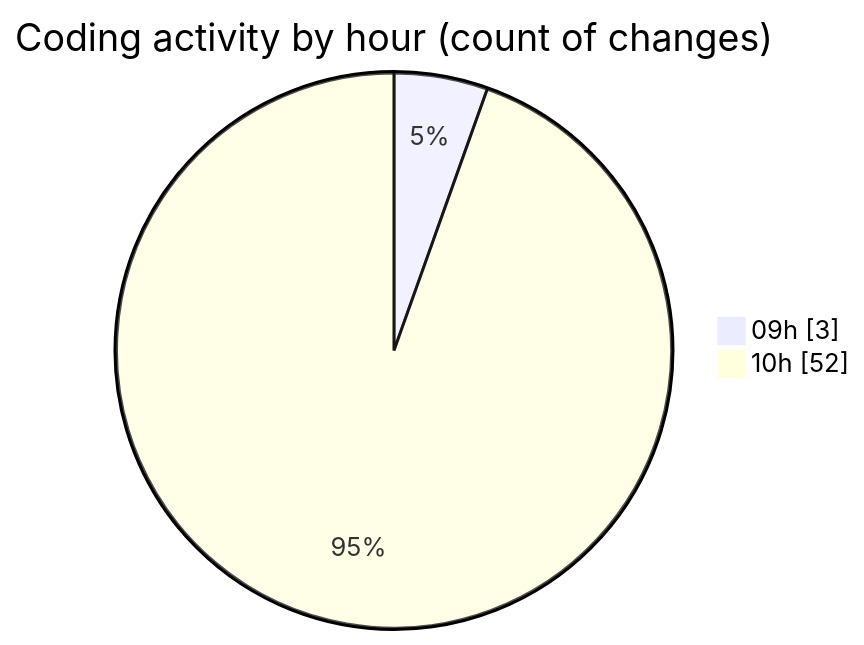
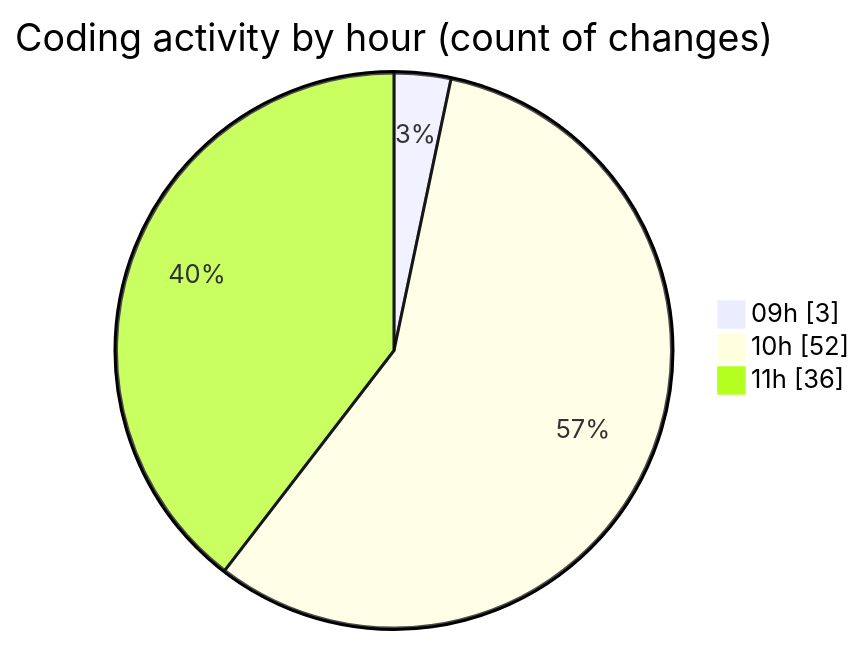
One commit to momahboobian/code-tracking changed the second of 2 diagrams in 2026-09-25/cda/README.md. Above: the diagram before and after it, drawn with Mermaid. The commit also changed other lines of this file and 1 other file, not shown here.

````diff
--- a/2026-09-25/cda/README.md
+++ b/2026-09-25/cda/README.md
@@ -53,6 +58,7 @@
 ```mermaid
 pie showData
 title Coding activity by hour (count of changes)
 "09h" : 3
 "10h" : 52
+"11h" : 36
 ```
````
